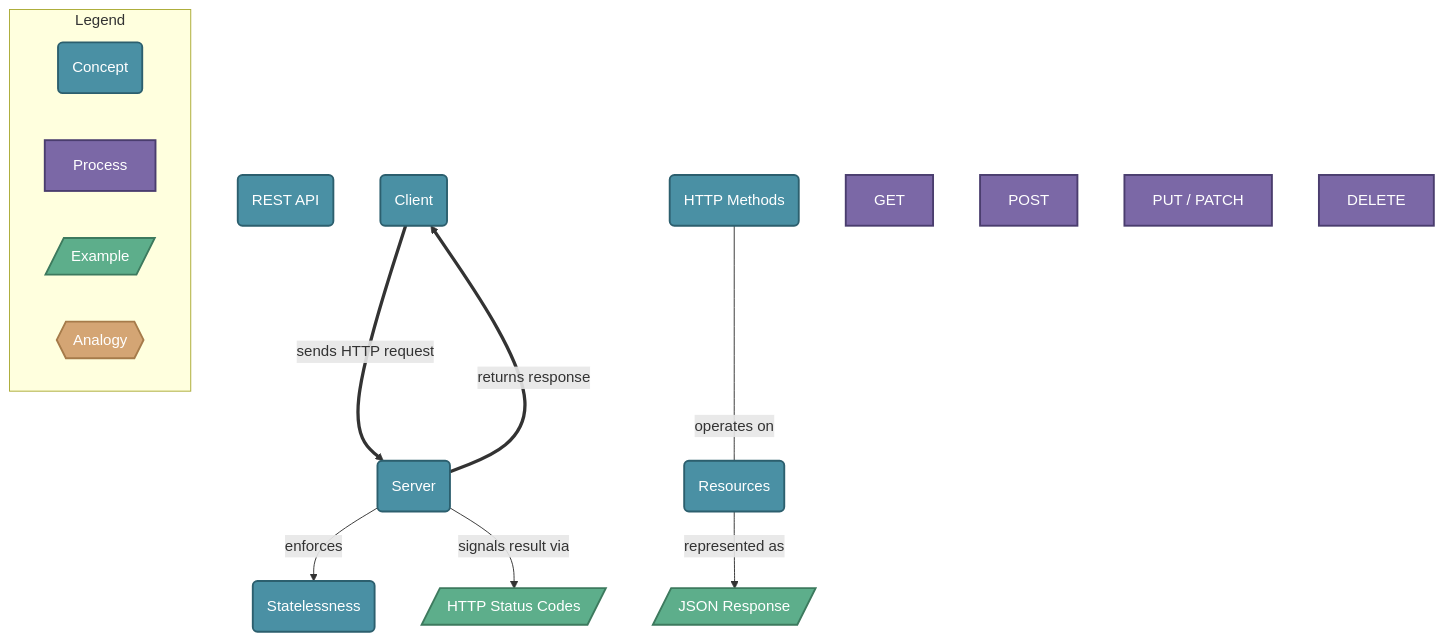
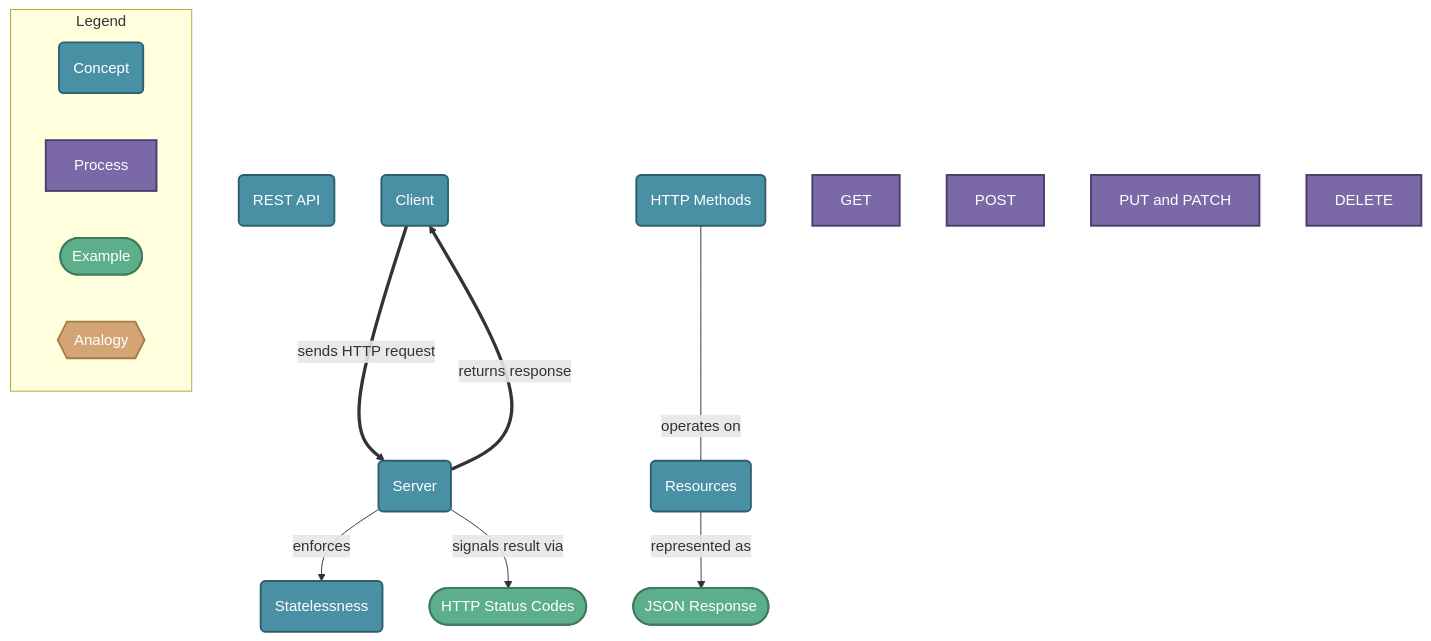
The diagram in mental-models/rest-api-architecture.md (mallyadeepak/mental-model-ai), drawn with Mermaid before and after one commit. The commit also changed other lines of this file and 6 other files, not shown here.

First line of the commit message:
fix: Quote Mermaid labels and use stadium shape for examples

````diff
--- a/mental-models/rest-api-architecture.md
+++ b/mental-models/rest-api-architecture.md
@@ -7,35 +7,35 @@
 ```mermaid
 flowchart TB
   classDef concept fill:#4A90A4,stroke:#2C5F6E,stroke-width:2px,color:#fff
   classDef process fill:#7B68A6,stroke:#4A3D6E,stroke-width:2px,color:#fff
   classDef example fill:#5DAE8B,stroke:#3D7A5E,stroke-width:2px,color:#fff
   classDef analogy fill:#D4A574,stroke:#A67B4A,stroke-width:2px,color:#fff
   n1(REST API)
   n2(Client)
   n3(Server)
   n4(HTTP Methods)
   n5(Resources)
   n6(Statelessness)
   n7[GET]
   n8[POST]
-  n9[PUT / PATCH]
+  n9[PUT and PATCH]
   n10[DELETE]
-  n11[/JSON Response/]
-  n12[/HTTP Status Codes/]
+  n11(["JSON Response"])
+  n12(["HTTP Status Codes"])
   class n1,n2,n3,n4,n5,n6 concept
   class n7,n8,n9,n10 process
   class n11,n12 example
   n2 ==>|sends HTTP request| n3
   n3 ==>|returns response| n2
   n4 ---|operates on| n5
   n5 -->|represented as| n11
   n3 -->|enforces| n6
   n3 -->|signals result via| n12
 
   subgraph Legend
     L1(Concept):::concept
     L2[Process]:::process
-    L3[/Example/]:::example
+    L3(["Example"]):::example
     L4{{Analogy}}:::analogy
   end
 ```
````
